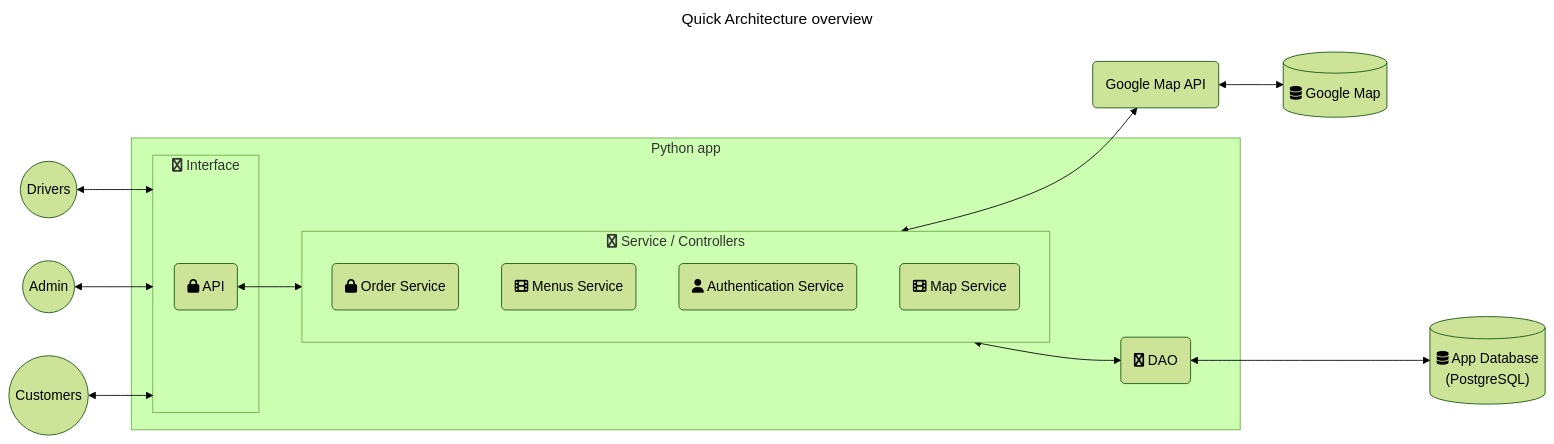
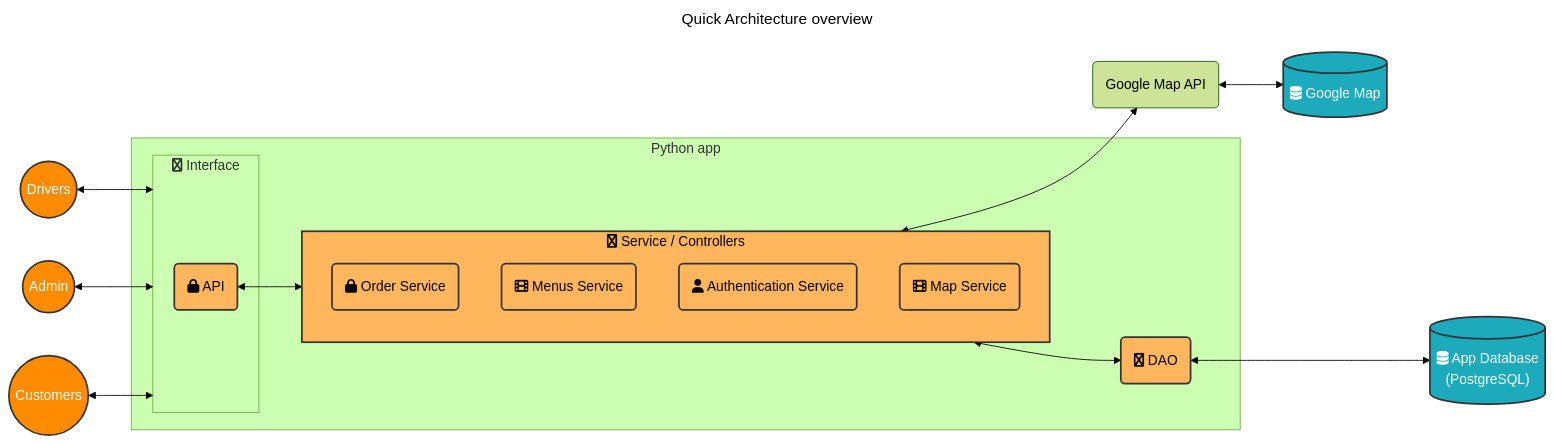
The diagram in Architecture diagram.md (no0e/Projet2A_Ub-EJR-Eats), drawn with Mermaid (forest theme) before and after one commit.

Commit message:
Update Architecture diagram.md

````diff
--- a/Architecture diagram.md
+++ b/Architecture diagram.md
@@ -2,35 +2,45 @@
 ```mermaid
 ---
 title: Quick Architecture overview
 ---
     graph LR
     USR1((Drivers))
     USR2((Admin))
     USR3((Customers))
     DB[("fa:fa-database App Database \n (PostgreSQL)" )]
     INT(fa:fa-python Interface Layer / \n WebService)
     DAO(fa:fa-python DAO)
     SVC(fa:fa-python Service / \n Controllers )
     MDB[(fa:fa-database Google Map)]
     MDBAPI(Google Map API)
 
     USR1 <--> INT
     USR2 <--> INT
     USR3 <--> INT
         subgraph Python app 
             API<-->SVC<-->DAO
             subgraph INT[fa:fa-python Interface ]
                 API(fa:fa-lock API)
             end
             subgraph SVC [fa:fa-python Service / Controllers]
                 ORD(fa:fa-lock Order Service)
                 MEN(fa:fa-film Menus Service)
                 AUT(fa:fa-user Authentication Service)
                 MAP(fa:fa-film Map Service)
             end
         end
 
     DAO<--->DB
     MDBAPI <--> MDB
     SVC <--> MDBAPI
+
+  %% ==== Styles personnalisés ====
+    classDef orange fill:#FF8C00,stroke:#333,stroke-width:2px,color:#fff;
+    classDef lightorange fill:#FFB65C,stroke:#333,stroke-width:2px,color:#000;
+    classDef teal fill:#1CAABD,stroke:#333,stroke-width:2px,color:#fff;
+
+    %% Attribution des couleurs
+    class USR1,USR2,USR3 orange
+    class DB,MDB teal
+    class API,DAO,SVC,ORD,MEN,AUT,MAP lightorange
 ```
````
